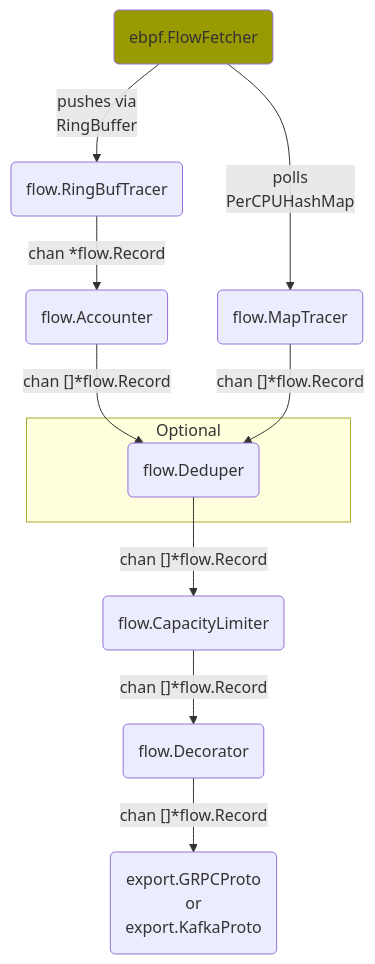
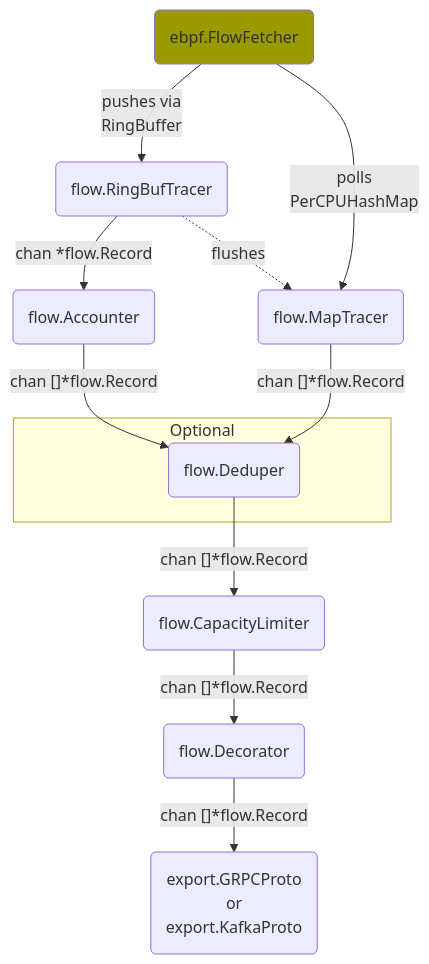
Before and after one commit to netobserv/netobserv-ebpf-agent: the diagram in docs/architecture.md, drawn with Mermaid. The commit also changed other lines of this file and 3 other files, not shown here.

````diff
--- a/docs/architecture.md
+++ b/docs/architecture.md
@@ -10,20 +9,21 @@
 ```mermaid
 flowchart TD
     E(ebpf.FlowFetcher) --> |"pushes via<br/>RingBuffer"| RB(flow.RingBufTracer)
     style E fill:#990
 
     E --> |"polls<br/>PerCPUHashMap"| M(flow.MapTracer)
     RB --> |chan *flow.Record| ACC(flow.Accounter)
+    RB -.-> |flushes| M
     ACC --> |"chan []*flow.Record"| DD(flow.Deduper)
     M --> |"chan []*flow.Record"| DD
 
     subgraph Optional
         DD
     end
 
     DD --> |"chan []*flow.Record"| CL(flow.CapacityLimiter)
 
     CL --> |"chan []*flow.Record"| DC(flow.Decorator)
     
     DC --> |"chan []*flow.Record"| EX("export.GRPCProto<br/>or<br/>export.KafkaProto")
 ```
````
